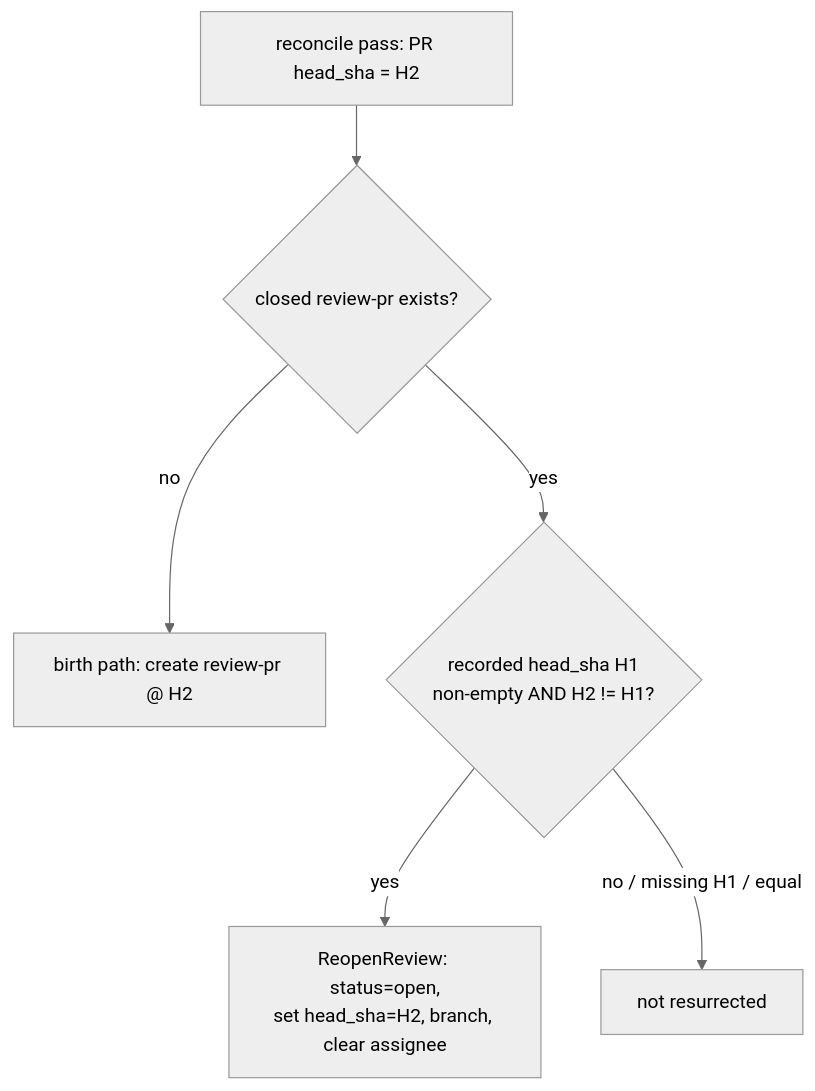
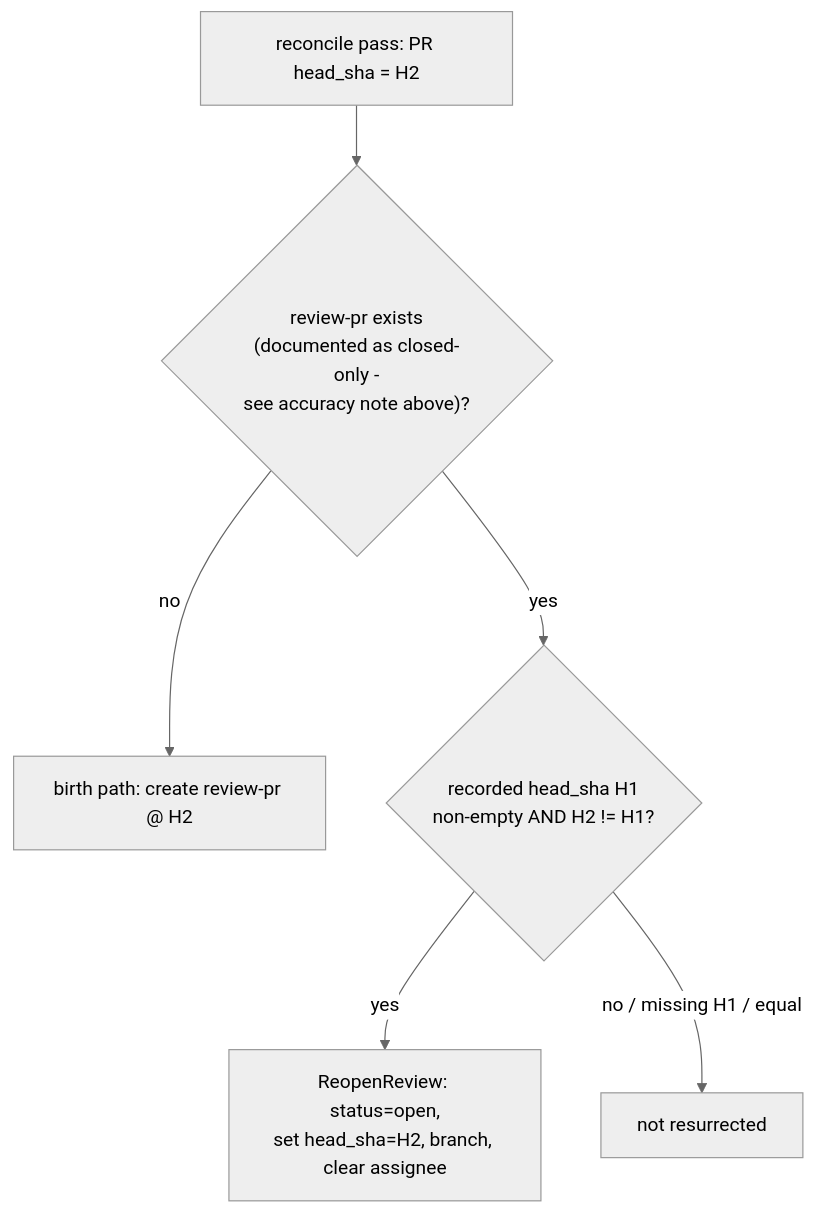
The fifth of 6 diagrams in docs/pr-review-flow.md (phillipgreenii/nix-agent-support), drawn with Mermaid (neutral theme) before and after one commit. The commit also changed other lines of this file, not shown here.

First line of the commit message:
docs(pr-review-flow): soften JR4's closed-only reopen claim, note ACL is deleted/inaccessible

````diff
--- a/docs/pr-review-flow.md
+++ b/docs/pr-review-flow.md
@@ -446,8 +469,8 @@
 ```mermaid
 flowchart TD
-    a["reconcile pass: PR head_sha = H2"] --> b{"closed review-pr exists?"}
+    a["reconcile pass: PR head_sha = H2"] --> b{"review-pr exists<br/>(documented as closed-only -<br/>see accuracy note above)?"}
     b -->|no| z["birth path: create review-pr @ H2"]
     b -->|yes| c{"recorded head_sha H1<br/>non-empty AND H2 != H1?"}
     c -->|yes| d["ReopenReview: status=open,<br/>set head_sha=H2, branch, clear assignee"]
     c -->|"no / missing H1 / equal"| e["not resurrected"]
 ```
````
